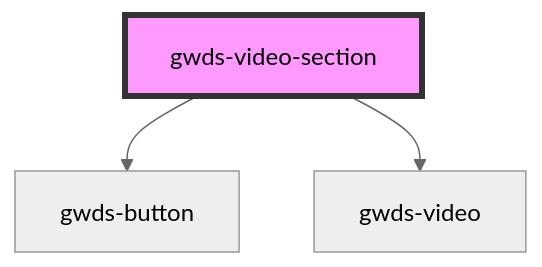
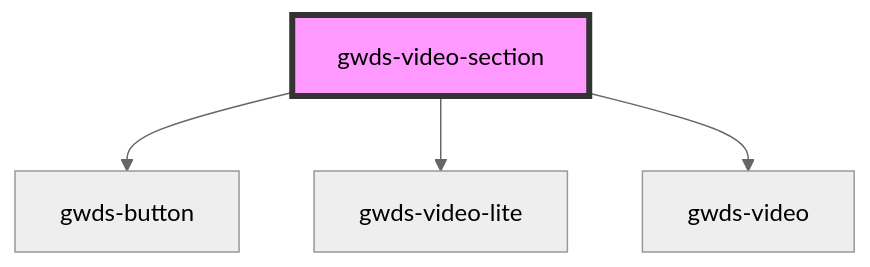
Before and after one commit to bsastregx/gwds-stenciljs: the diagram in src/components/gwds-video-section/readme.md, drawn with Mermaid (neutral theme). The commit also changed other lines of this file and 20 other files, not shown here.

````diff
--- a/src/components/gwds-video-section/readme.md
+++ b/src/components/gwds-video-section/readme.md
@@ -43,6 +43,7 @@
 ```mermaid
 graph TD;
   gwds-video-section --> gwds-button
+  gwds-video-section --> gwds-video-lite
   gwds-video-section --> gwds-video
   style gwds-video-section fill:#f9f,stroke:#333,stroke-width:4px
 ```
````
